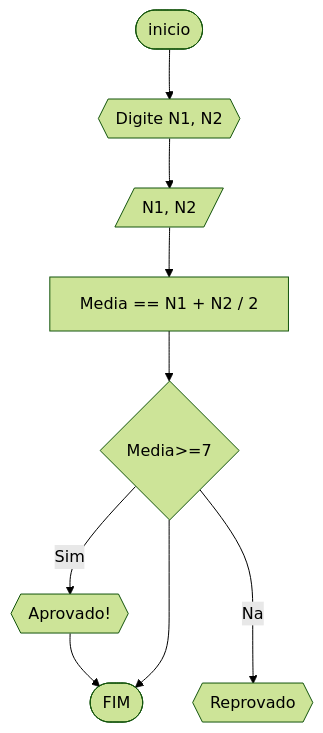
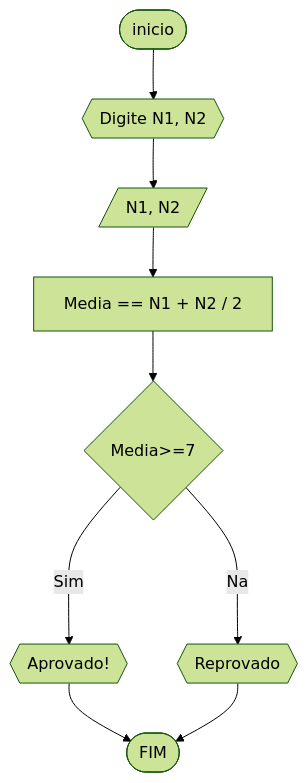
The third of 4 diagrams in RLB/lista1_exercicios.md (paaiva/UNIFOR2), drawn with Mermaid (forest theme) before and after one commit.

````diff
--- a/RLB/lista1_exercicios.md
+++ b/RLB/lista1_exercicios.md
@@ -82,12 +82,12 @@
 ``` mermaid
 flowchart TD
 A([inicio])-->B{{Digite N1, N2}}
 B-->C[/N1, N2/]
 C-->D[Media == N1 + N2 / 2]
 D-->E{Media>=7}
 E--Sim-->F{{Aprovado!}}
 F-->H([FIM])
 E--Nao-->G{{Reprovado}}
-E-->H
+G-->H
 
 ``` 
````
